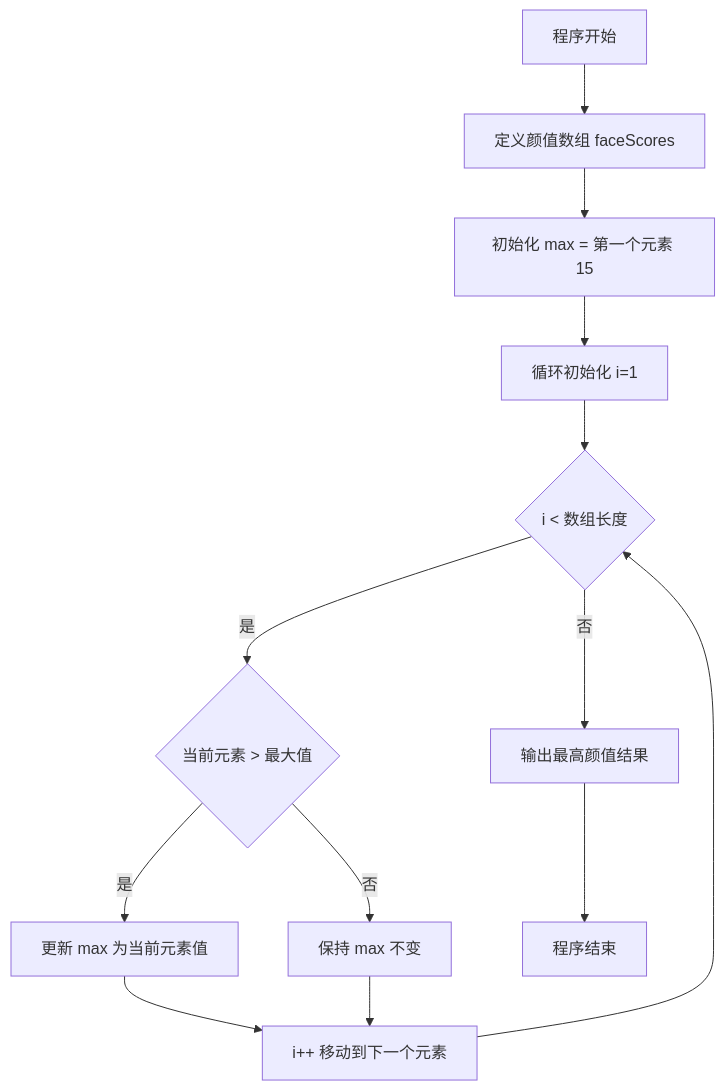
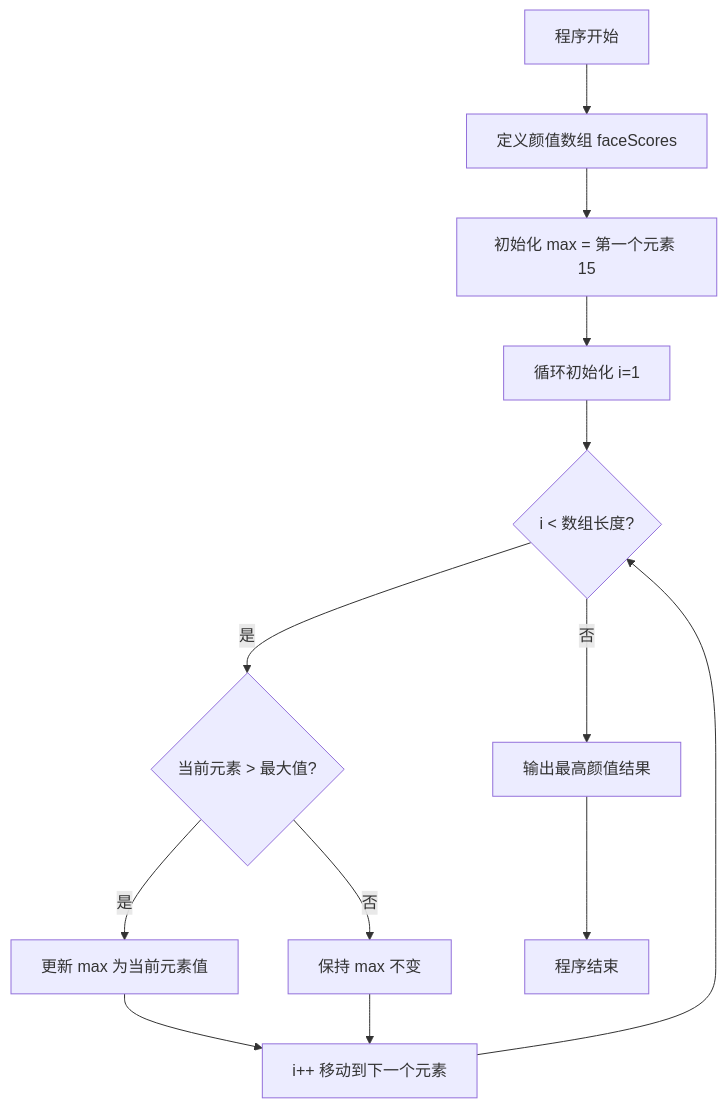
One commit to XingJi-love/XingJi-blog-plume changed the third of 6 diagrams in docs/Java/数组.md. Above: the diagram before and after it, drawn with Mermaid. The commit also changed other lines of this file, not shown here.

````diff
--- a/docs/Java/数组.md
+++ b/docs/Java/数组.md
@@ -765,18 +765,18 @@
 ```mermaid
 flowchart TD
     A[程序开始] --> B[定义颜值数组 faceScores]
     B --> C[初始化 max = 第一个元素 15]
     C --> D[循环初始化 i=1]
-    D --> E{i < 数组长度}
+    D --> E{i < 数组长度?}
     
-    E -- 是 --> F{当前元素 > 最大值}
+    E -- 是 --> F{当前元素 > 最大值?}
     F -- 是 --> G[更新 max 为当前元素值]
     F -- 否 --> H[保持 max 不变]
     
     G --> I[i++ 移动到下一个元素]
     H --> I
     I --> E
     
     E -- 否 --> J[输出最高颜值结果]
     J --> K[程序结束]
 ```
````
